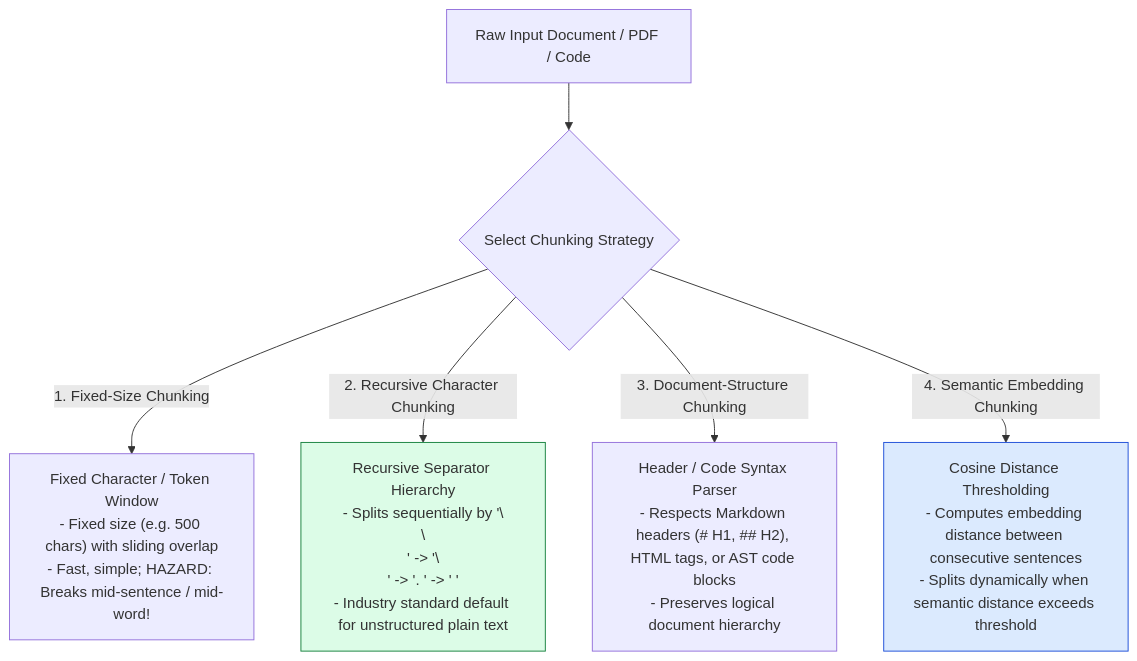
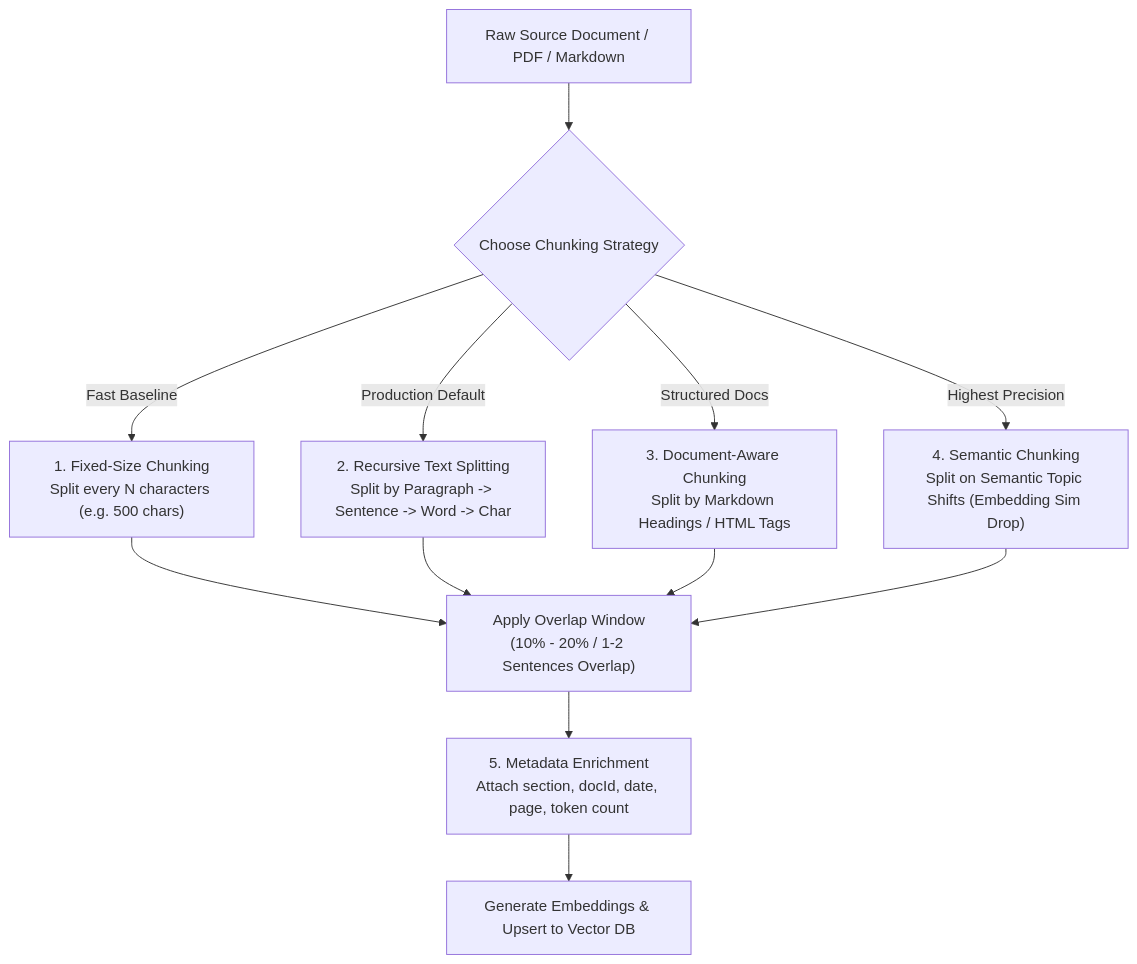
One commit to Amie-dev/engineering-playbook changed the diagram in agentic-ai-notes/00-foundations/08-chunking-strategies.md. Above: the diagram before and after it, drawn with Mermaid. The commit also changed other lines of this file and 27 other files, not shown here.

````diff
--- a/agentic-ai-notes/00-foundations/08-chunking-strategies.md
+++ b/agentic-ai-notes/00-foundations/08-chunking-strategies.md
@@ -13,15 +9,18 @@
 ```mermaid
 flowchart TD
-    RawDoc[Raw Input Document / PDF / Code] --> SplitterType{Select Chunking Strategy}
-
-    SplitterType -- "1. Fixed-Size Chunking" --> Fixed["Fixed Character / Token Window<br/>- Fixed size (e.g. 500 chars) with sliding overlap<br/>- Fast, simple; HAZARD: Breaks mid-sentence / mid-word!"]
-
-    SplitterType -- "2. Recursive Character Chunking" --> Recursive["Recursive Separator Hierarchy<br/>- Splits sequentially by '\\n\\n' -> '\\n' -> '. ' -> ' '<br/>- Industry standard default for unstructured plain text"]
-
-    SplitterType -- "3. Document-Structure Chunking" --> Struct["Header / Code Syntax Parser<br/>- Respects Markdown headers (# H1, ## H2), HTML tags, or AST code blocks<br/>- Preserves logical document hierarchy"]
-
-    SplitterType -- "4. Semantic Embedding Chunking" --> Semantic["Cosine Distance Thresholding<br/>- Computes embedding distance between consecutive sentences<br/>- Splits dynamically when semantic distance exceeds threshold"]
-
-    style Recursive fill:#dcfce7,stroke:#15803d
-    style Semantic fill:#dbeafe,stroke:#1d4ed8
+    RawDoc[Raw Source Document / PDF / Markdown] --> Strategy{"Choose Chunking Strategy"}
+    
+    Strategy -->|Fast Baseline| FixedChunk["1. Fixed-Size Chunking<br/>Split every N characters (e.g. 500 chars)"]
+    Strategy -->|Production Default| RecursiveChunk["2. Recursive Text Splitting<br/>Split by Paragraph -> Sentence -> Word -> Char"]
+    Strategy -->|Structured Docs| DocAwareChunk["3. Document-Aware Chunking<br/>Split by Markdown Headings / HTML Tags"]
+    Strategy -->|Highest Precision| SemanticChunk["4. Semantic Chunking<br/>Split on Semantic Topic Shifts (Embedding Sim Drop)"]
+    
+    FixedChunk --> OverlapLayer["Apply Overlap Window<br/>(10% - 20% / 1-2 Sentences Overlap)"]
+    RecursiveChunk --> OverlapLayer
+    DocAwareChunk --> OverlapLayer
+    SemanticChunk --> OverlapLayer
+    
+    OverlapLayer --> EnrichMetadata["5. Metadata Enrichment<br/>Attach section, docId, date, page, token count"]
+    
+    EnrichMetadata --> EmbedVectorDB["Generate Embeddings & Upsert to Vector DB"]
 ```
````
